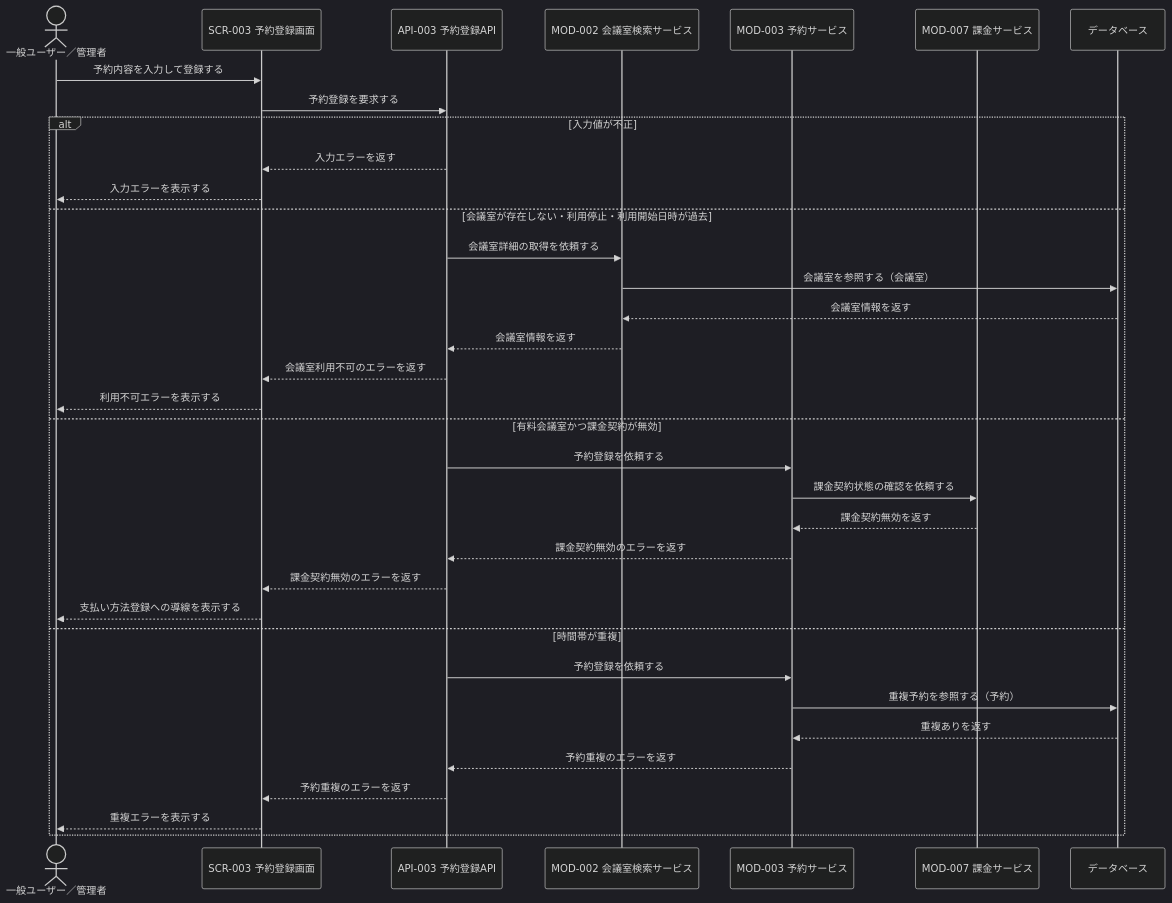
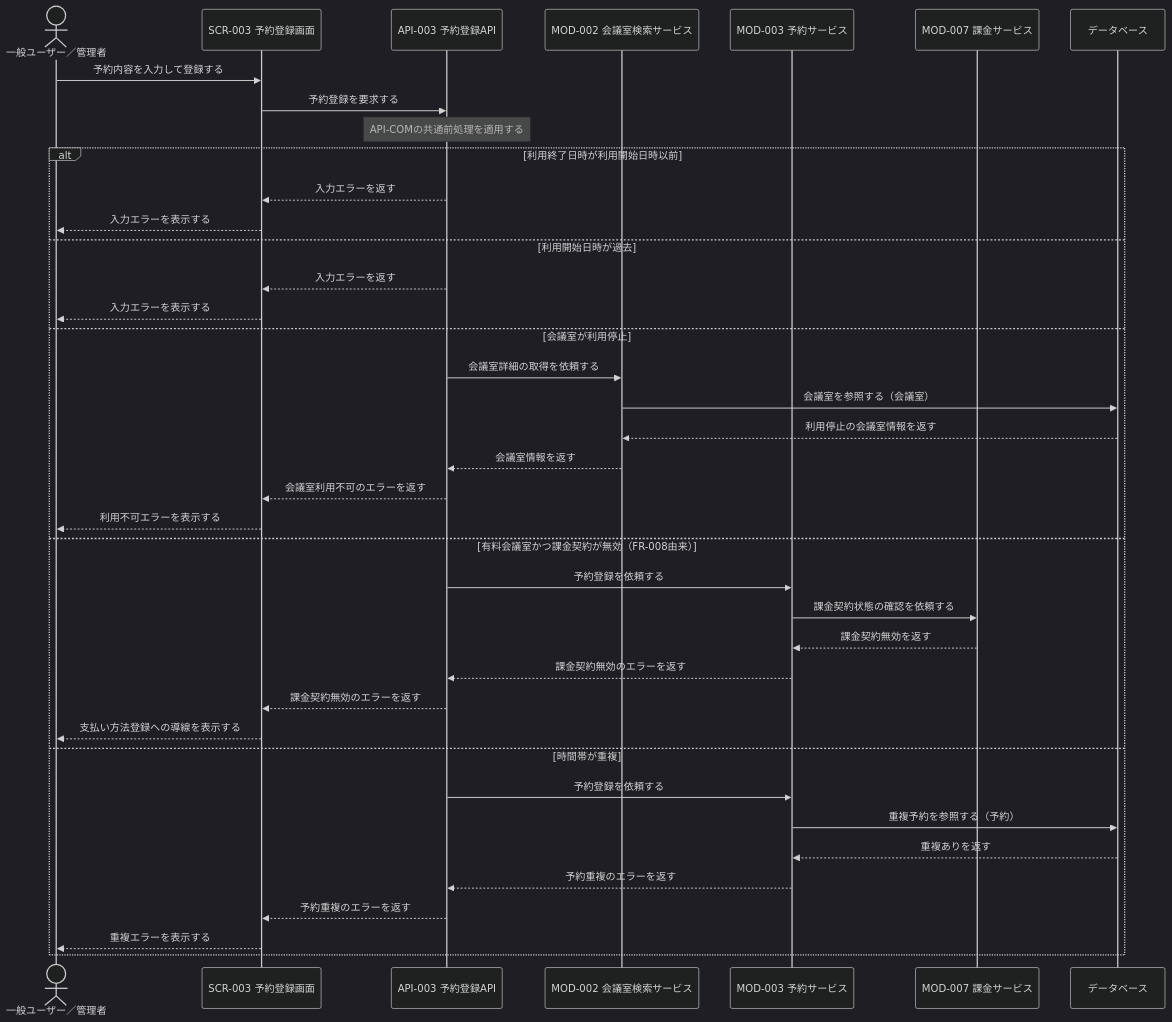
Before and after one commit to sikakou54/system-document-template: the third of 3 diagrams in docs/03_機能設計/02_シーケンス設計/SEQ-001_会議室予約登録シーケンス.md, drawn with Mermaid (dark theme). The commit also changed other lines of this file and 136 other files, not shown here.

````diff
--- a/docs/03_機能設計/02_シーケンス設計/SEQ-001_会議室予約登録シーケンス.md
+++ b/docs/03_機能設計/02_シーケンス設計/SEQ-001_会議室予約登録シーケンス.md
@@ -96,38 +116,42 @@
 ```mermaid
 sequenceDiagram
     actor U as 一般ユーザー／管理者
     participant UI as SCR-003 予約登録画面
     participant API as API-003 予約登録API
     participant ROOM as MOD-002 会議室検索サービス
     participant RES as MOD-003 予約サービス
     participant BILL as MOD-007 課金サービス
     participant DB as データベース
 
     U->>UI: 予約内容を入力して登録する
     UI->>API: 予約登録を要求する
-    alt 入力値が不正
+    Note over API: API-COMの共通前処理を適用する
+    alt 利用終了日時が利用開始日時以前
         API-->>UI: 入力エラーを返す
         UI-->>U: 入力エラーを表示する
-    else 会議室が存在しない・利用停止・利用開始日時が過去
+    else 利用開始日時が過去
+        API-->>UI: 入力エラーを返す
+        UI-->>U: 入力エラーを表示する
+    else 会議室が利用停止
         API->>ROOM: 会議室詳細の取得を依頼する
         ROOM->>DB: 会議室を参照する（会議室）
-        DB-->>ROOM: 会議室情報を返す
+        DB-->>ROOM: 利用停止の会議室情報を返す
         ROOM-->>API: 会議室情報を返す
         API-->>UI: 会議室利用不可のエラーを返す
         UI-->>U: 利用不可エラーを表示する
-    else 有料会議室かつ課金契約が無効
+    else 有料会議室かつ課金契約が無効（FR-008由来）
         API->>RES: 予約登録を依頼する
         RES->>BILL: 課金契約状態の確認を依頼する
         BILL-->>RES: 課金契約無効を返す
         RES-->>API: 課金契約無効のエラーを返す
         API-->>UI: 課金契約無効のエラーを返す
         UI-->>U: 支払い方法登録への導線を表示する
     else 時間帯が重複
         API->>RES: 予約登録を依頼する
         RES->>DB: 重複予約を参照する（予約）
         DB-->>RES: 重複ありを返す
         RES-->>API: 予約重複のエラーを返す
         API-->>UI: 予約重複のエラーを返す
         UI-->>U: 重複エラーを表示する
     end
 ```
````
